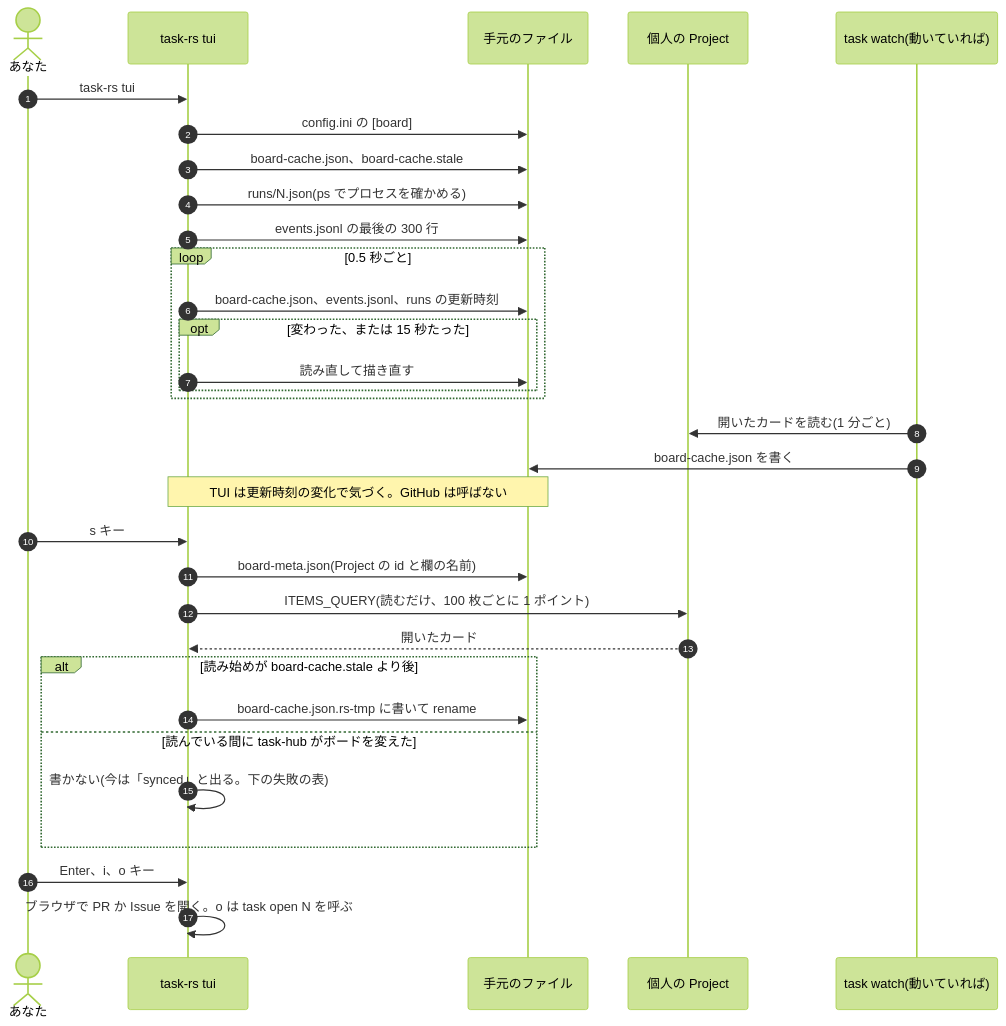
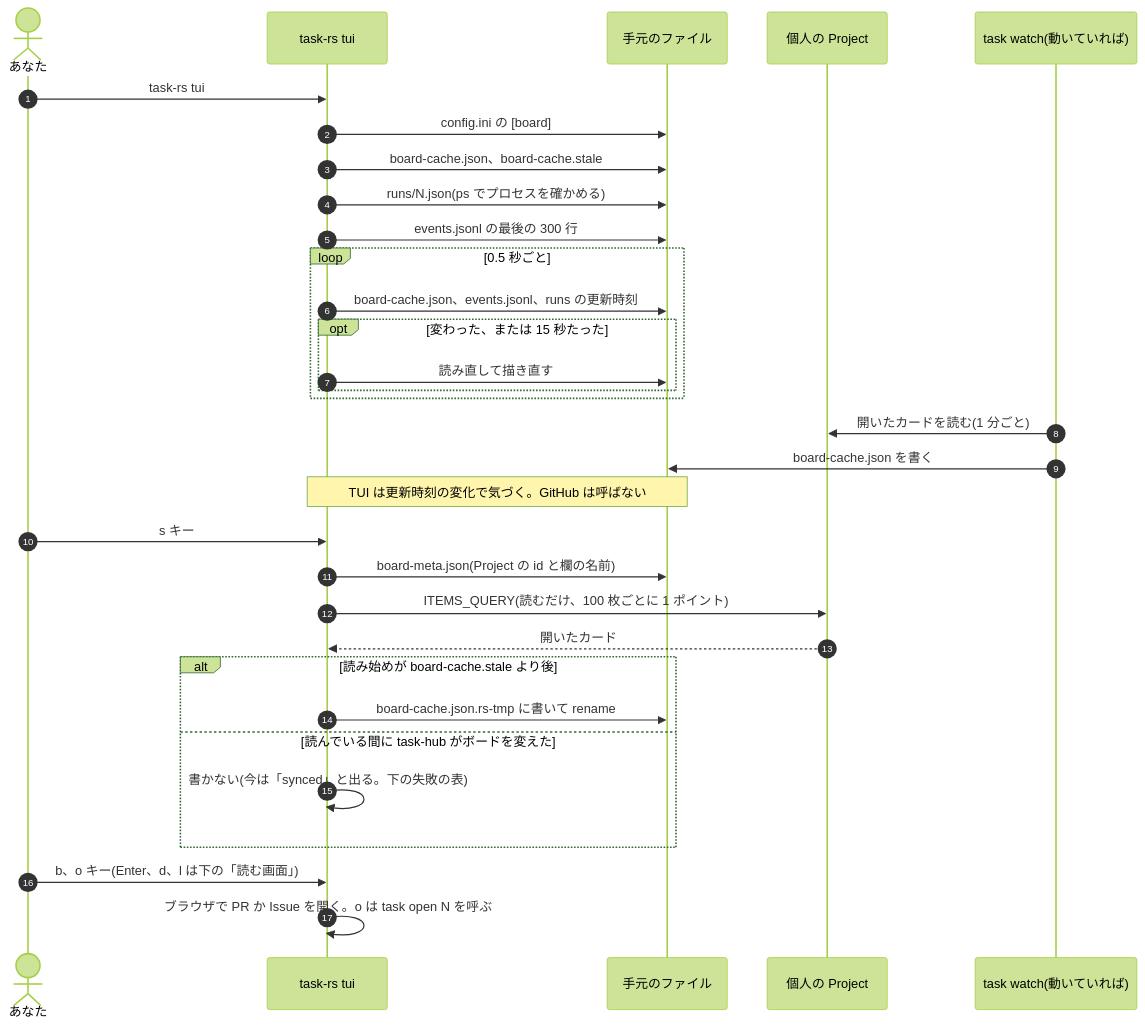
The second of 6 diagrams in docs/architecture/designs/local-board.md (dip-ka-jo/task-hub-1), drawn with Mermaid (forest theme) before and after one commit. The commit also changed other lines of this file and 6 other files, not shown here.

````diff
--- a/docs/architecture/designs/local-board.md
+++ b/docs/architecture/designs/local-board.md
@@ -145,35 +145,35 @@
 ```mermaid
 sequenceDiagram
     autonumber
     actor You as あなた
     participant TUI as task-rs tui
     participant F as 手元のファイル
     participant GH as 個人の Project
     participant W as task watch(動いていれば)
 
     You->>TUI: task-rs tui
     TUI->>F: config.ini の [board]
     TUI->>F: board-cache.json、board-cache.stale
     TUI->>F: runs/N.json(ps でプロセスを確かめる)
     TUI->>F: events.jsonl の最後の 300 行
     loop 0.5 秒ごと
         TUI->>F: board-cache.json、events.jsonl、runs の更新時刻
         opt 変わった、または 15 秒たった
             TUI->>F: 読み直して描き直す
         end
     end
     W->>GH: 開いたカードを読む(1 分ごと)
     W->>F: board-cache.json を書く
     Note over TUI,F: TUI は更新時刻の変化で気づく。GitHub は呼ばない
     You->>TUI: s キー
     TUI->>F: board-meta.json(Project の id と欄の名前)
     TUI->>GH: ITEMS_QUERY(読むだけ、100 枚ごとに 1 ポイント)
     GH-->>TUI: 開いたカード
     alt 読み始めが board-cache.stale より後
         TUI->>F: board-cache.json.rs-tmp に書いて rename
     else 読んでいる間に task-hub がボードを変えた
         TUI->>TUI: 書かない(今は「synced」と出る。下の失敗の表)
     end
-    You->>TUI: Enter、i、o キー
+    You->>TUI: b、o キー(Enter、d、l は下の「読む画面」)
     TUI->>TUI: ブラウザで PR か Issue を開く。o は task open N を呼ぶ
 ```
````
